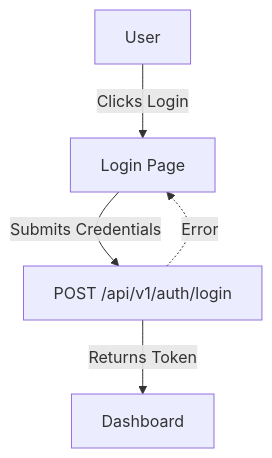
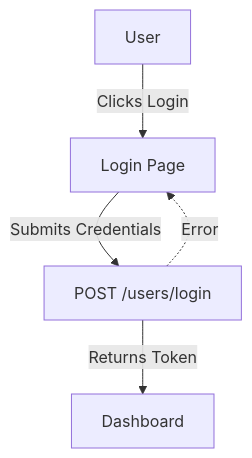
Before and after one commit to husams/grammar-anatomy-interactive: the diagram in docs/features/authentication.md, drawn with Mermaid. The commit also changed other lines of this file and 5880 other files, not shown here.

````diff
--- a/docs/features/authentication.md
+++ b/docs/features/authentication.md
@@ -15,7 +14,7 @@
 ```mermaid
 flowchart TD
     User["User"] -->|"Clicks Login"| LoginPage["Login Page"]
-    LoginPage -->|"Submits Credentials"| AuthAPI["POST /api/v1/auth/login"]
+    LoginPage -->|"Submits Credentials"| AuthAPI["POST /users/login"]
     AuthAPI -->|"Returns Token"| Dashboard["Dashboard"]
     AuthAPI -.->|"Error"| LoginPage
 ```
````
